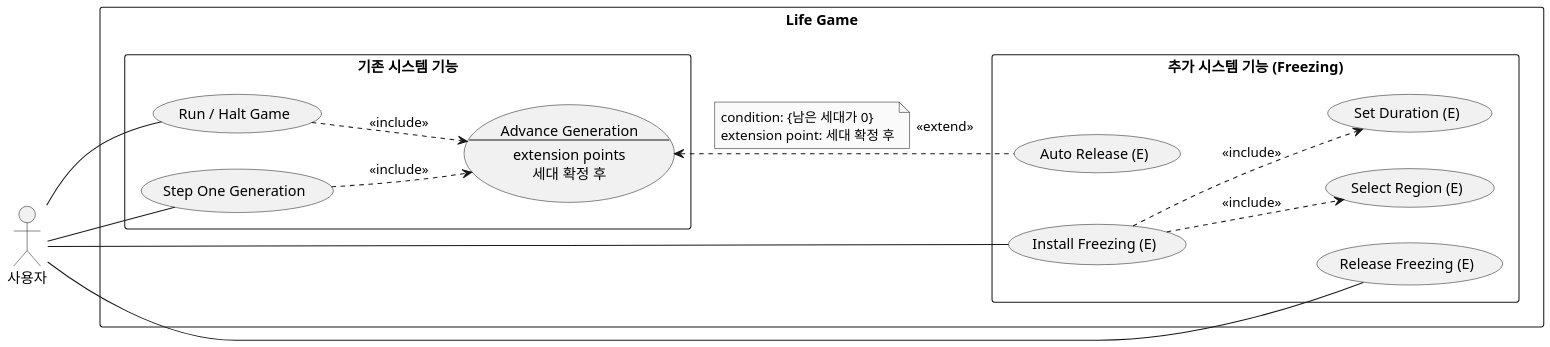
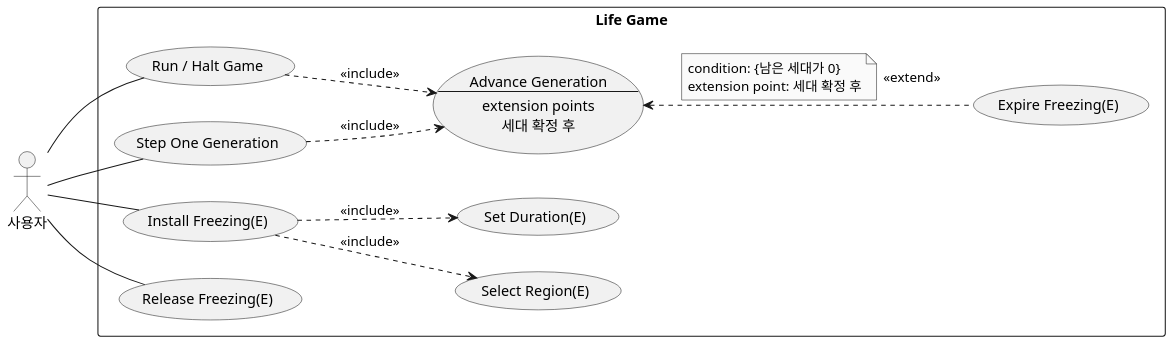
One commit to mckimR1972/DP_team_project changed the diagram in docs/freezing/diagram/usecase-freezing.puml. Above: the diagram before and after it, drawn with PlantUML. The commit also changed 1 other file, not shown here.

Commit message:
docs: 다이어그램 표기 통일안에 맞춤
- 유스케이스: 경계 안의 담당별 상자를 없애고, (E)를 붙여 쓰고,
  동사로 시작하지 않던 Auto Release를 Expire Freezing(E)로 바꿈
- 클래스: figureNextState 매개변수와 snapshot 타입을 실제대로 적고,
  PatternTools는 이름만, Resident의 age와 Freezing이 쓰지 않는 멤버를 뺌.
  의존 선은 «use»·«create»로 하고 설명은 노트로 옮김
- 시퀀스·시스템 시퀀스와 freezing.md의 유스케이스 이름을 같은 표기로 바꿈
- freezing.md: 원본은 Holub 코드로 정하고, 2절 표의 비교 기준을
  'Freezing 전'으로 바꾸고, '원본과 같다'를 'Freezing을 붙이기 전과 같다'로 고침

```diff
--- a/docs/freezing/diagram/usecase-freezing.puml
+++ b/docs/freezing/diagram/usecase-freezing.puml
@@ -1,50 +1,43 @@
 @startuml usecase-freezing
 skinparam monochrome true
 skinparam dpi 150
 skinparam shadowing false
 skinparam defaultFontName "Malgun Gothic"
 skinparam usecaseBackgroundColor #F1F1F1
 ' 사용자를 왼쪽에 두어 사용자에서 오는 선이 상자 제목과 겹치지 않게 한다
 left to right direction
 ' 간격을 바꾸면 extend 점선이 점선의 빈 부분에서 끝나 원과 떨어져 보일 수 있다
-skinparam ranksep 67
+skinparam ranksep 64
 
 actor "사용자" as User
 
 rectangle "Life Game" {
-  rectangle "기존 시스템 기능" as Original {
-    usecase "Run / Halt Game" as Run
-    usecase "Step One Generation" as Step
-    usecase Advance as "Advance Generation
+  usecase "Run / Halt Game" as Run
+  usecase "Step One Generation" as Step
+  usecase Advance as "Advance Generation
 --
 extension points
 세대 확정 후"
-  }
-
-  rectangle "추가 시스템 기능 (Freezing)" as Extended {
-    usecase "Auto Release (E)" as Auto
-    usecase "Install Freezing (E)" as Install
-    usecase "Release Freezing (E)" as Release
-    usecase "Select Region (E)" as Region
-    usecase "Set Duration (E)" as Duration
-  }
+  usecase "Install Freezing(E)" as Install
+  usecase "Select Region(E)" as Region
+  usecase "Set Duration(E)" as Duration
+  usecase "Release Freezing(E)" as Release
+  usecase "Expire Freezing(E)" as Expire
 }
 
+User -- Run
+User -- Step
 User -- Install
 User -- Release
-' Release를 Install 오른쪽 열에 두어 상자를 낮게 만든다
-Install -[hidden]- Release
-User -- Run
-User -- Step
 
+Run ..> Advance : <<include>>
+Step ..> Advance : <<include>>
 Install ..> Region : <<include>>
 Install ..> Duration : <<include>>
-Run ..> Advance : <<include>>
-Step ..> Advance : <<include>>
 ' note left: 조건 노트를 <<extend>> 왼쪽에 둔다
-Auto .up.> Advance : <<extend>>
+Expire .up.> Advance : <<extend>>
 note left on link
   condition: {남은 세대가 0}
   extension point: 세대 확정 후
 end note
 @enduml
```
